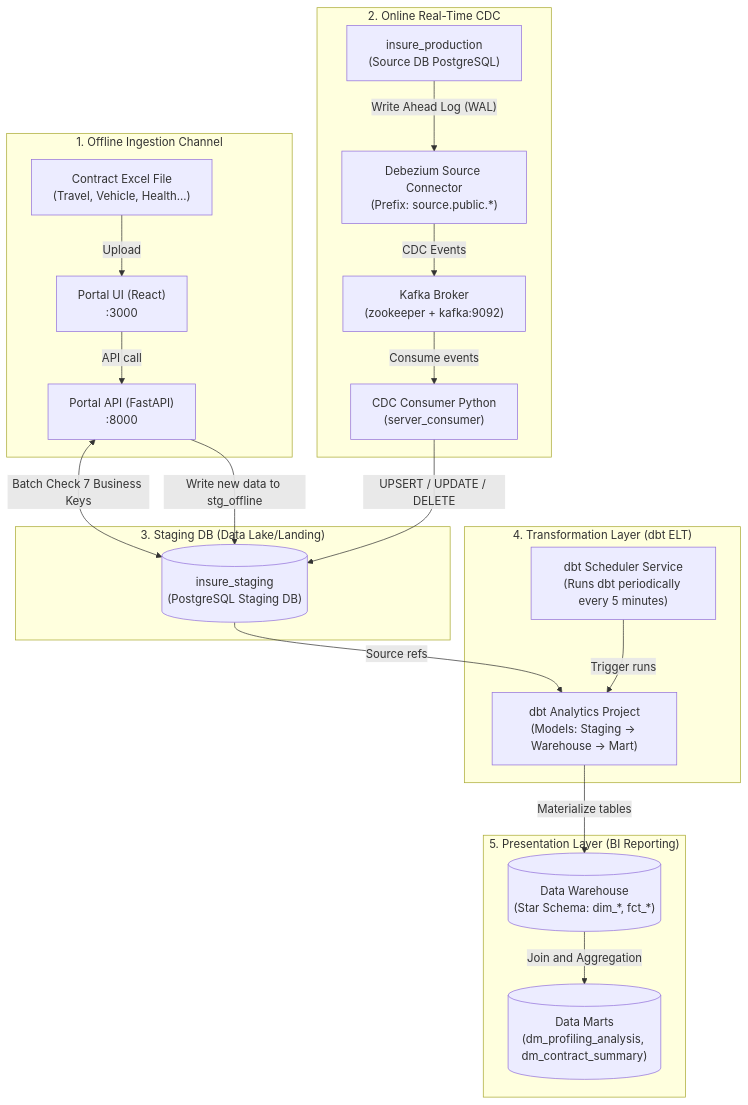
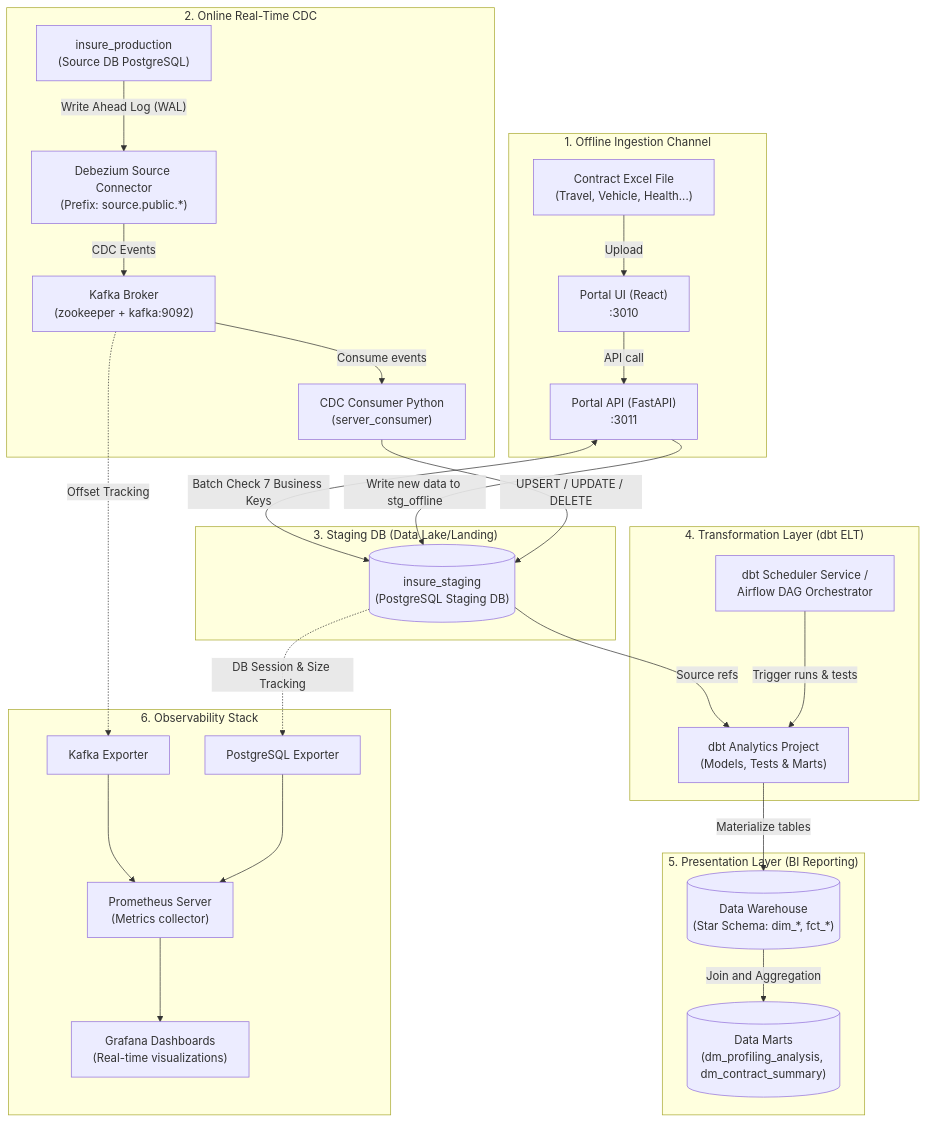
The diagram in docs/PROJECT_ARCHITECTURE.md (phatle224/hybrid-data-ingestion-streaming-platform), drawn with Mermaid before and after one commit. The commit also changed 5 other files, not shown here.

Commit message:
docs: add architecture documentation, workflow design guides, and dbt schema definitions

````diff
--- a/docs/PROJECT_ARCHITECTURE.md
+++ b/docs/PROJECT_ARCHITECTURE.md
@@ -11,47 +11,61 @@
 ```mermaid
 graph TB
     subgraph "1. Offline Ingestion Channel"
         EXCEL["Contract Excel File<br/>(Travel, Vehicle, Health...)"]
-        PORTAL_FE["Portal UI (React)<br/>:3000"]
-        PORTAL_BE["Portal API (FastAPI)<br/>:8000"]
+        PORTAL_FE["Portal UI (React)<br/>:3010"]
+        PORTAL_BE["Portal API (FastAPI)<br/>:3011"]
     end
 
     subgraph "2. Online Real-Time CDC"
         SRC_DB["insure_production<br/>(Source DB PostgreSQL)"]
         DBZ["Debezium Source Connector<br/>(Prefix: source.public.*)"]
         KAFKA["Kafka Broker<br/>(zookeeper + kafka:9092)"]
         CDC_CONSUMER["CDC Consumer Python<br/>(server_consumer)"]
     end
 
     subgraph "3. Staging DB (Data Lake/Landing)"
         STG_DB[("insure_staging<br/>(PostgreSQL Staging DB)")]
     end
 
     subgraph "4. Transformation Layer (dbt ELT)"
-        SCHEDULER["dbt Scheduler Service<br/>(Runs dbt periodically every 5 minutes)"]
-        DBT_PROJ["dbt Analytics Project<br/>(Models: Staging -> Warehouse -> Mart)"]
+        SCHEDULER["dbt Scheduler Service /<br/>Airflow DAG Orchestrator"]
+        DBT_PROJ["dbt Analytics Project<br/>(Models, Tests & Marts)"]
     end
 
     subgraph "5. Presentation Layer (BI Reporting)"
         DWH[("Data Warehouse<br/>(Star Schema: dim_*, fct_*)")]
         MARTS[("Data Marts<br/>(dm_profiling_analysis, dm_contract_summary)")]
+    end
+
+    subgraph "6. Observability Stack"
+        PROM["Prometheus Server<br/>(Metrics collector)"]
+        GRAF["Grafana Dashboards<br/>(Real-time visualizations)"]
+        K_EXP["Kafka Exporter"]
+        P_EXP["PostgreSQL Exporter"]
     end
 
     %% Offline Flow
     EXCEL -->|"Upload"| PORTAL_FE
     PORTAL_FE -->|"API call"| PORTAL_BE
     PORTAL_BE <-->|"Batch Check 7 Business Keys"| STG_DB
     PORTAL_BE -->|"Write new data to stg_offline"| STG_DB
 
     %% Online CDC Flow
     SRC_DB -->|"Write Ahead Log (WAL)"| DBZ
     DBZ -->|"CDC Events"| KAFKA
     KAFKA -->|"Consume events"| CDC_CONSUMER
     CDC_CONSUMER -->|"UPSERT / UPDATE / DELETE"| STG_DB
 
     %% ELT Flow with dbt
     STG_DB -->|"Source refs"| DBT_PROJ
-    SCHEDULER -->|"Trigger runs"| DBT_PROJ
+    SCHEDULER -->|"Trigger runs & tests"| DBT_PROJ
     DBT_PROJ -->|"Materialize tables"| DWH
     DWH -->|"Join and Aggregation"| MARTS
+
+    %% Monitoring Flow
+    KAFKA -.->|"Offset Tracking"| K_EXP
+    K_EXP --> PROM
+    STG_DB -.->|"DB Session & Size Tracking"| P_EXP
+    P_EXP --> PROM
+    PROM --> GRAF
 ```
````
